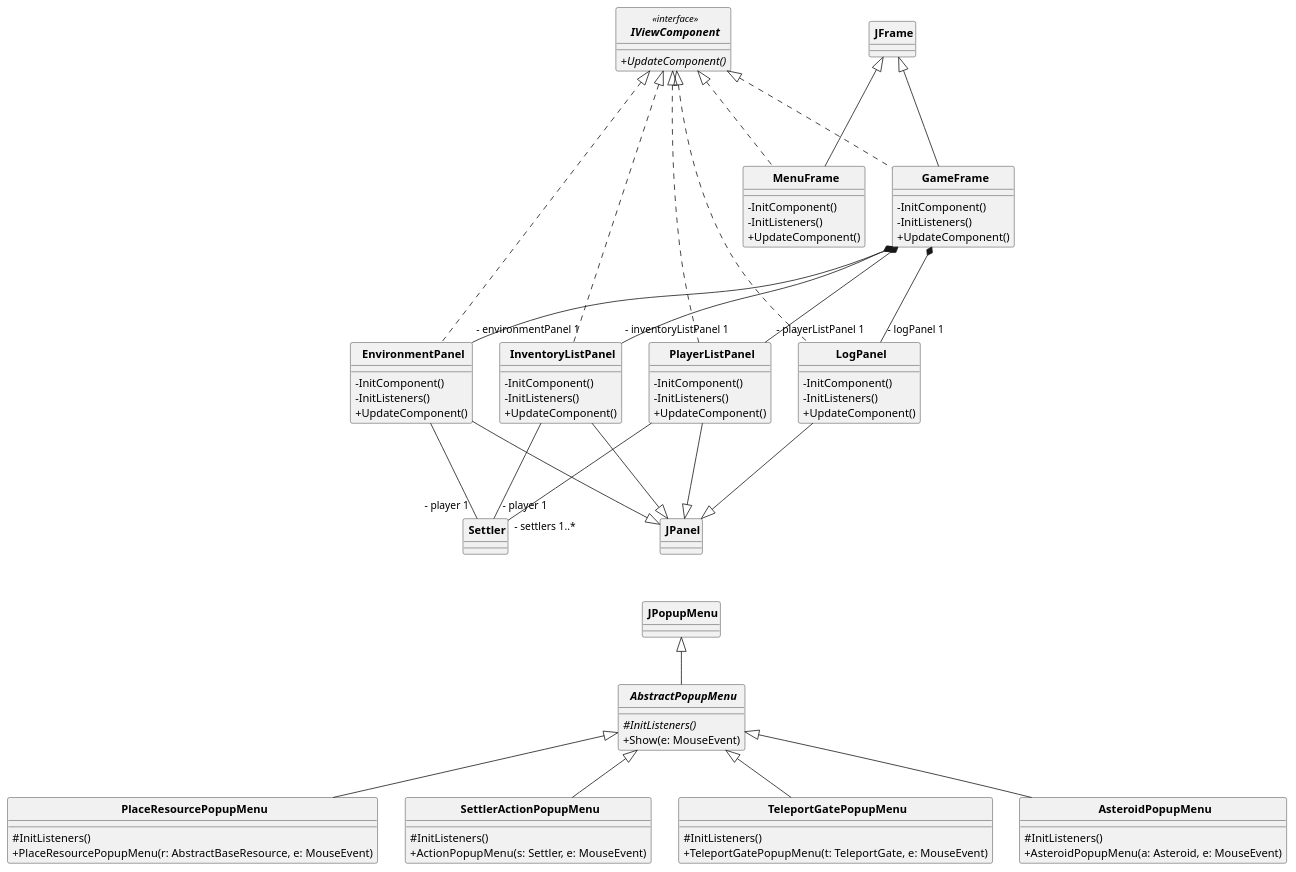
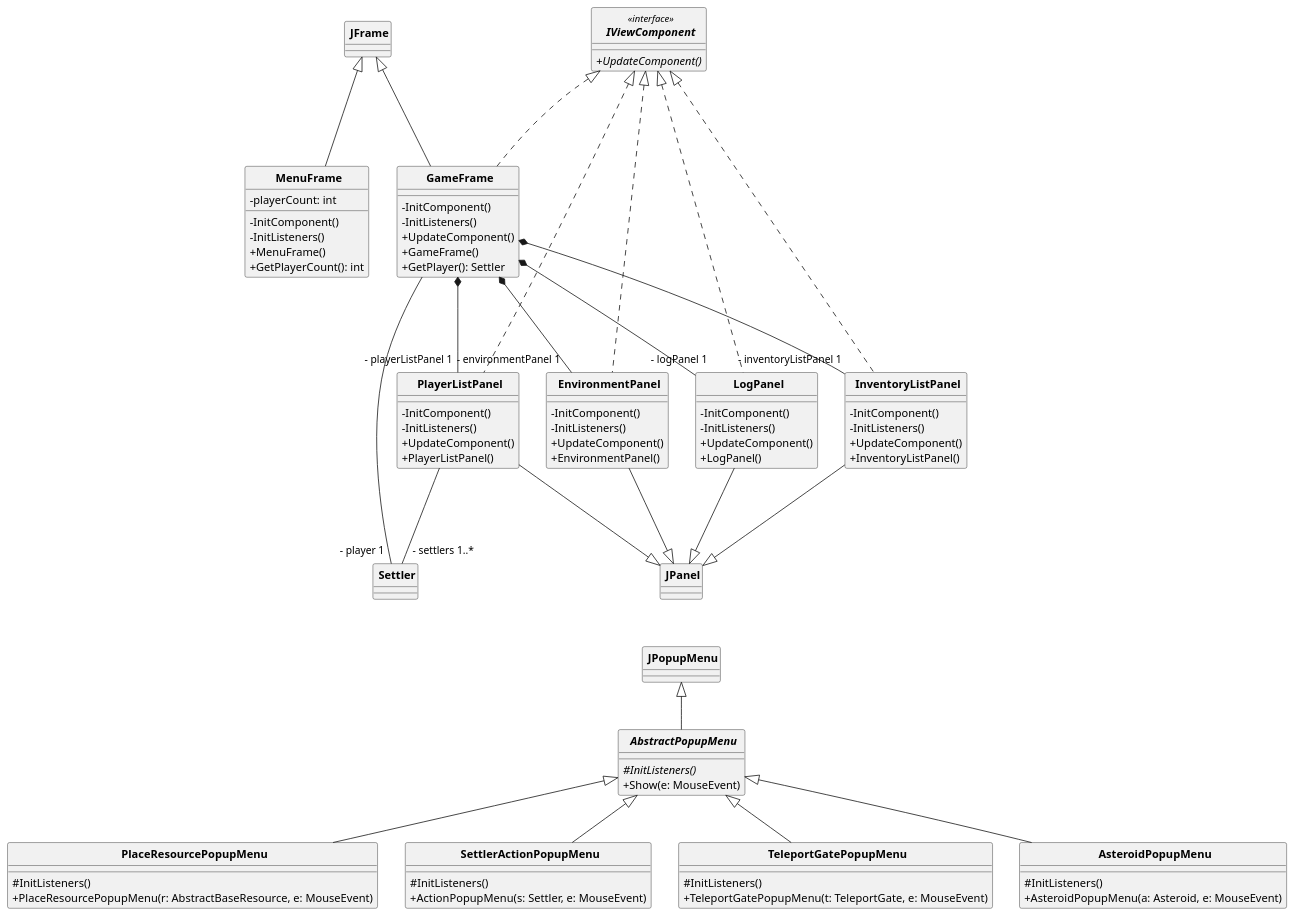
The diagram in uml/class_diagrams/gui_class.plantuml (bbucsy/projlab_holy_oil), drawn with PlantUML before and after one commit.

Commit message:
Berci might use this

```diff
--- a/uml/class_diagrams/gui_class.plantuml
+++ b/uml/class_diagrams/gui_class.plantuml
@@ -1,122 +1,128 @@
 @startuml classdiagram
 
 skinparam ClassAttributeIconSize 0
 skinparam CircledCharacterRadius 0
 skinparam CircledCharacterFontSize 0
 skinparam ClassFontStyle bold
 
 class JFrame {}
 class JPanel {}
 class JPopupMenu {}
 
 ' package: viewcomponents
 interface IViewComponent << interface >> {
   {abstract} + UpdateComponent()
 }
 
 together {
   class MenuFrame {
+    - playerCount: int
     - InitComponent()
     - InitListeners()
-    + UpdateComponent()
+    + MenuFrame()
+    + GetPlayerCount(): int
   }
 
   class GameFrame {
     - InitComponent()
     - InitListeners()
     + UpdateComponent()
+    + GameFrame()
+    + GetPlayer(): Settler
   }
 }
 
 together {
   class EnvironmentPanel {
     - InitComponent()
     - InitListeners()
     + UpdateComponent()
+    + EnvironmentPanel()
   }
 
   class InventoryListPanel {
     - InitComponent()
     - InitListeners()
     + UpdateComponent()
+    + InventoryListPanel()
   }
 
   class PlayerListPanel {
     - InitComponent()
     - InitListeners()
     + UpdateComponent()
+    + PlayerListPanel()
   }
 
   class LogPanel {
     - InitComponent()
     - InitListeners()
     + UpdateComponent()
+    + LogPanel()
   }
 }
 
 abstract class AbstractPopupMenu {
   {abstract}# InitListeners()
   + Show(e: MouseEvent)
 }
 
 together {
   class AsteroidPopupMenu {
     # InitListeners()
     + AsteroidPopupMenu(a: Asteroid, e: MouseEvent)
   }
 
   class TeleportGatePopupMenu {
     # InitListeners()
     + TeleportGatePopupMenu(t: TeleportGate, e: MouseEvent)
   }
 
   class SettlerActionPopupMenu {
     # InitListeners()
     + ActionPopupMenu(s: Settler, e: MouseEvent)
   }
 
   class PlaceResourcePopupMenu {
     # InitListeners()
     + PlaceResourcePopupMenu(r: AbstractBaseResource, e: MouseEvent)
   }
 }
 
 ' Interface realizations
 GameFrame .up..|> IViewComponent
-MenuFrame .up..|> IViewComponent
 EnvironmentPanel .up..|> IViewComponent
 InventoryListPanel .up..|> IViewComponent
 PlayerListPanel .up..|> IViewComponent
 LogPanel .up..|> IViewComponent
 
 ' Inheritance
 GameFrame -up--|> JFrame
 MenuFrame -up--|> JFrame
 
 EnvironmentPanel -down--|> JPanel
 InventoryListPanel -down--|> JPanel
 PlayerListPanel -down--|> JPanel
 LogPanel -down--|> JPanel
 
 AbstractPopupMenu -up-|> JPopupMenu
 AsteroidPopupMenu -up-|> AbstractPopupMenu
 TeleportGatePopupMenu -up-|> AbstractPopupMenu
 SettlerActionPopupMenu -up-|> AbstractPopupMenu
 PlaceResourcePopupMenu -up-|> AbstractPopupMenu
 
 ' This is for better display
 JPopupMenu -[hidden]up-> JPanel
 
 ' Associations
 GameFrame *--- "- environmentPanel 1" EnvironmentPanel
 GameFrame *--- "- inventoryListPanel 1" InventoryListPanel
 GameFrame *--- "- playerListPanel 1" PlayerListPanel
 GameFrame *--- "- logPanel 1" LogPanel
 
-InventoryListPanel --- "- player 1" Settler
 PlayerListPanel --- "- settlers 1..*" Settler
-EnvironmentPanel --- "- player 1" Settler
+GameFrame --- "- player 1" Settler
 ' Ez a fenti majd kódolásnál felesleges
 ' Turncontroller --> state machine: ki van soron a lépésnél?
 
 @enduml
```
